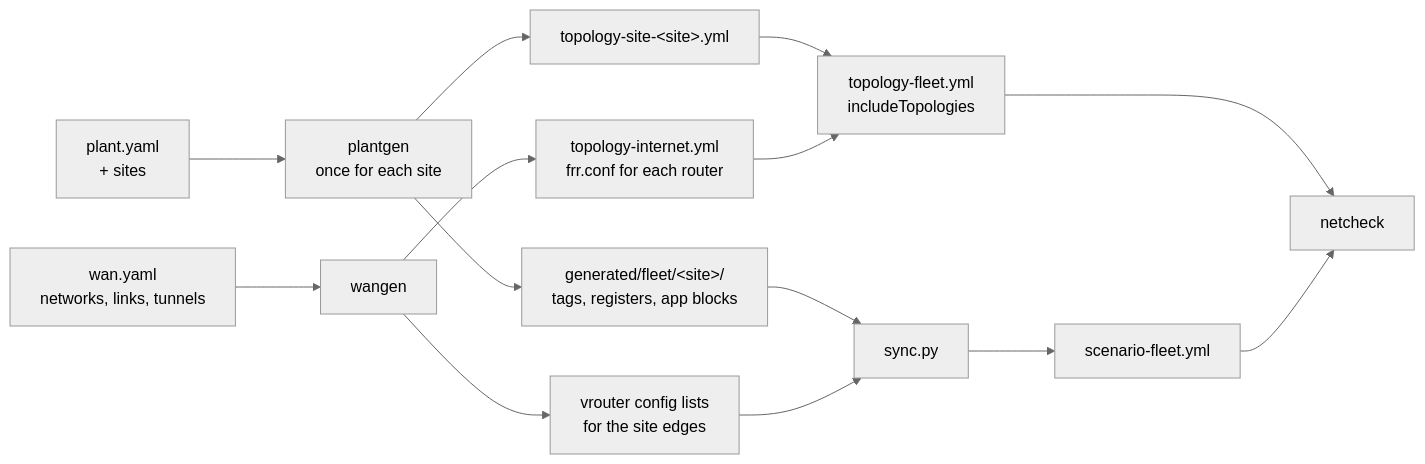
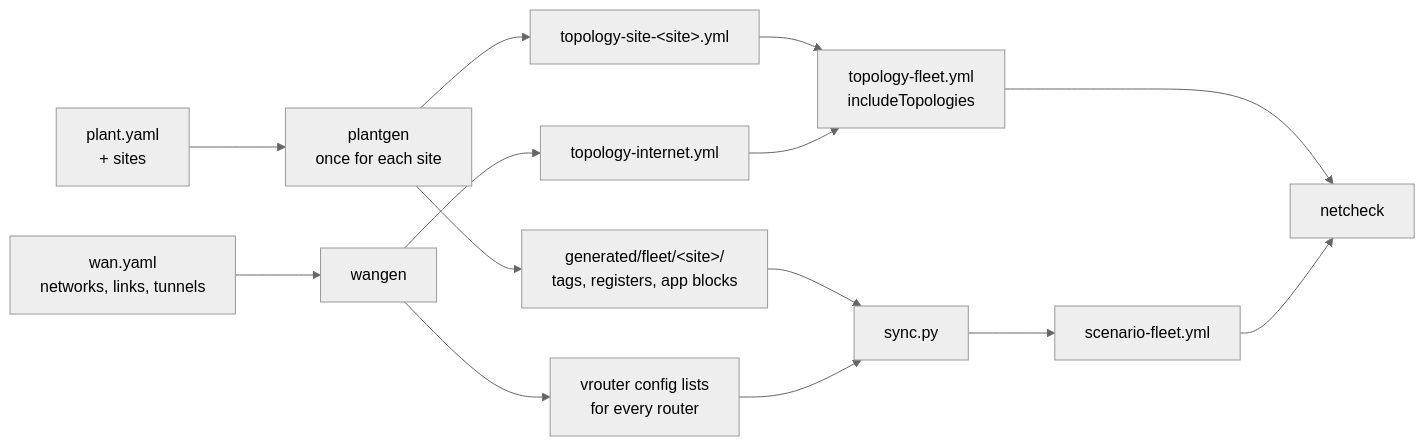
One commit to GhostofGoes/brew changed the eighth of 9 diagrams in docs/multisite/PLANS.md. Above: the diagram before and after it, drawn with Mermaid (neutral theme). The commit also changed other lines of this file and 15 other files, not shown here.

````diff
--- a/docs/multisite/PLANS.md
+++ b/docs/multisite/PLANS.md
@@ -732,16 +757,16 @@
 ```mermaid
 flowchart LR
   P["plant.yaml<br/>+ sites"] --> G["plantgen<br/>once for each site"]
   W["wan.yaml<br/>networks, links, tunnels"] --> WG["wangen"]
   G --> GS["generated/fleet/&lt;site&gt;/<br/>tags, registers, app blocks"]
   G --> TS["topology-site-&lt;site&gt;.yml"]
-  WG --> TI["topology-internet.yml<br/>frr.conf for each router"]
-  WG --> VC["vrouter config lists<br/>for the site edges"]
+  WG --> TI["topology-internet.yml"]
+  WG --> VC["vrouter config lists<br/>for every router"]
   GS --> SY["sync.py"]
   VC --> SY
   SY --> SC["scenario-fleet.yml"]
   TS --> TF["topology-fleet.yml<br/>includeTopologies"]
   TI --> TF
   TF --> NC["netcheck"]
   SC --> NC
 ```
````
